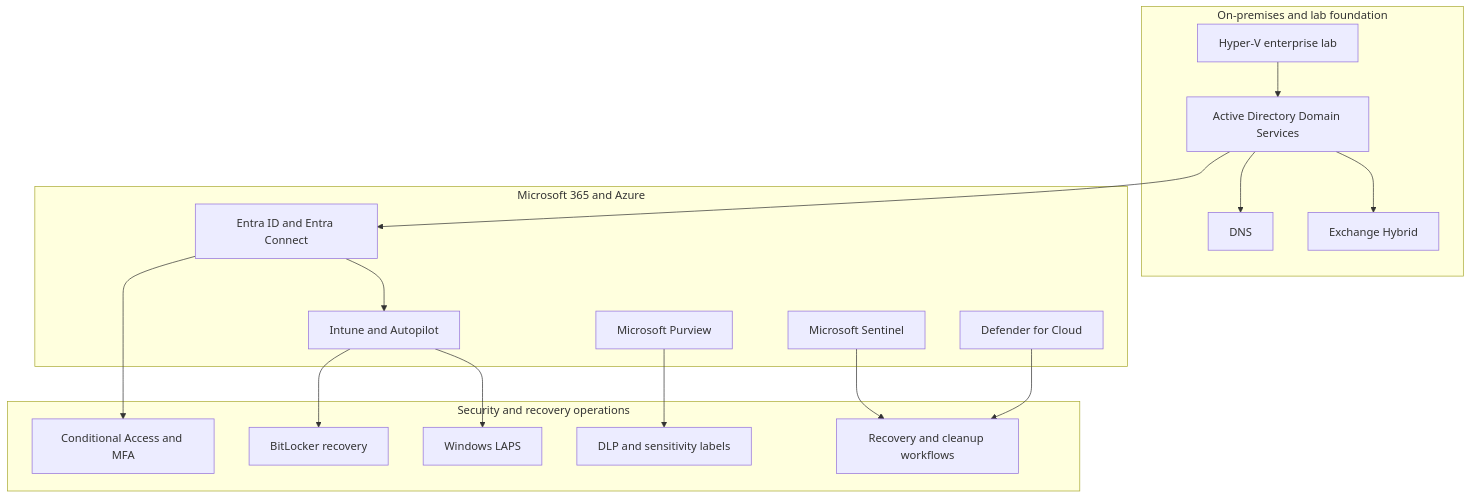
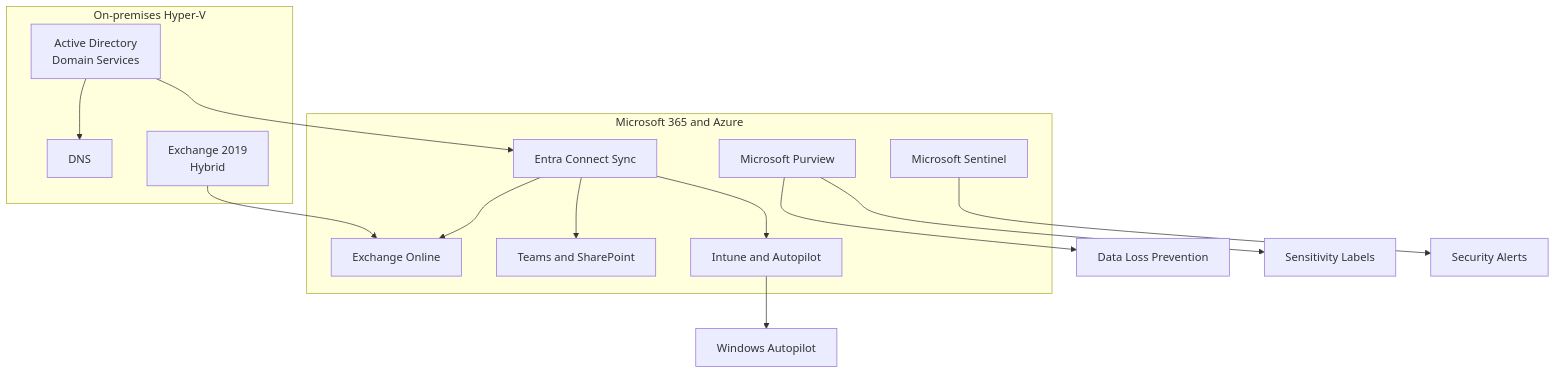
The diagram in site/releases/release1.md (jrikobd-azaws/azawslab-enterprise-hybrid-security), drawn with Mermaid before and after one commit. The commit also changed other lines of this file and 1 other file, not shown here.

````diff
--- a/site/releases/release1.md
+++ b/site/releases/release1.md
@@ -31,37 +29,28 @@
 ```mermaid
 flowchart TD
-    subgraph OnPrem["On-premises and lab foundation"]
-        HV["Hyper-V enterprise lab"]
-        AD["Active Directory Domain Services"]
+    subgraph OnPrem["On-premises Hyper-V"]
+        AD["Active Directory<br>Domain Services"]
         DNS["DNS"]
-        EX["Exchange Hybrid"]
+        EX["Exchange 2019<br>Hybrid"]
     end
 
     subgraph Cloud["Microsoft 365 and Azure"]
-        ENTRA["Entra ID and Entra Connect"]
-        INTUNE["Intune and Autopilot"]
-        PURVIEW["Microsoft Purview"]
-        SENTINEL["Microsoft Sentinel"]
-        DEFENDER["Defender for Cloud"]
+        EConnect["Entra Connect Sync"]
+        EXOnline["Exchange Online"]
+        CloudServices["Teams and SharePoint"]
+        Intune["Intune and Autopilot"]
+        Purview["Microsoft Purview"]
+        Sentinel["Microsoft Sentinel"]
     end
 
-    subgraph Operations["Security and recovery operations"]
-        CA["Conditional Access and MFA"]
-        BL["BitLocker recovery"]
-        LAPS["Windows LAPS"]
-        DLP["DLP and sensitivity labels"]
-        REC["Recovery and cleanup workflows"]
-    end
-
-    HV --> AD
     AD --> DNS
-    AD --> EX
-    AD --> ENTRA
-    ENTRA --> CA
-    ENTRA --> INTUNE
-    INTUNE --> BL
-    INTUNE --> LAPS
-    PURVIEW --> DLP
-    SENTINEL --> REC
-    DEFENDER --> REC
+    AD --> EConnect
+    EConnect --> Intune
+    EConnect --> EXOnline
+    EX --> EXOnline
+    EConnect --> CloudServices
+    Intune --> Autopilot["Windows Autopilot"]
+    Purview --> DLP["Data Loss Prevention"]
+    Purview --> Labels["Sensitivity Labels"]
+    Sentinel --> Alerts["Security Alerts"]
 ```
````
